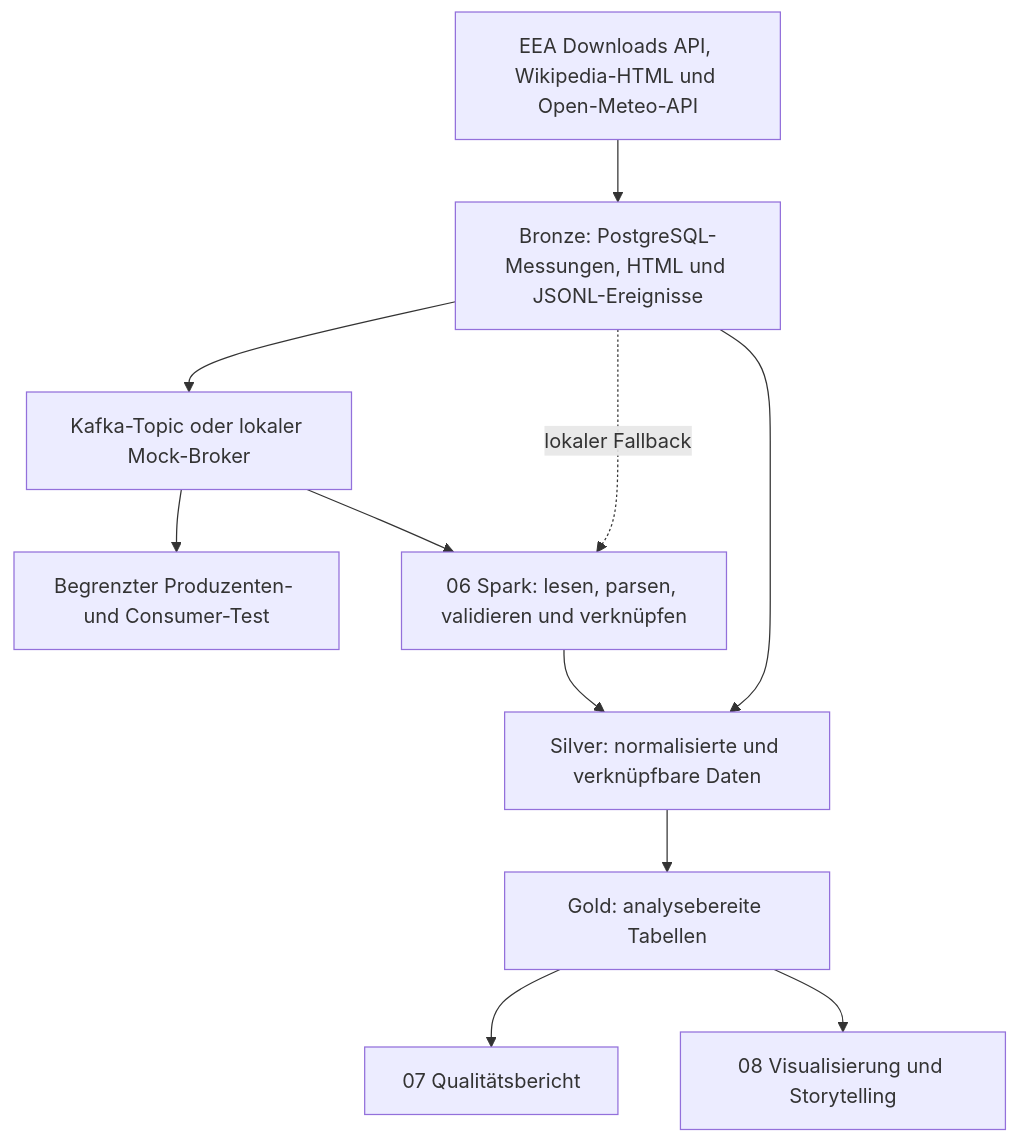
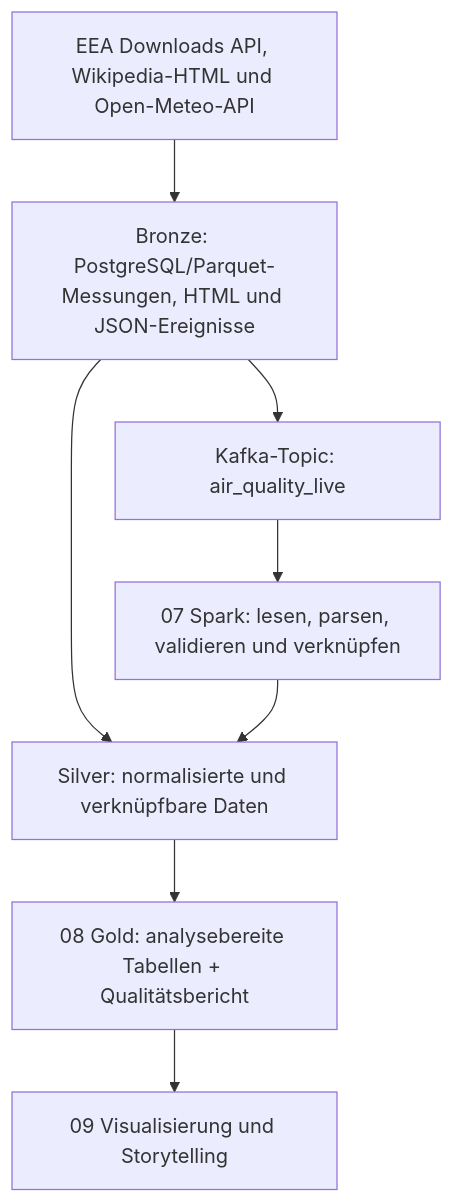
The diagram in docs/diagrams/dataflow.mmd (OnlyMajorG/euro-air-quality-pipeline), drawn with Mermaid before and after one commit. The commit also changed 53 other files, not shown here.

```diff
--- a/docs/diagrams/dataflow.mmd
+++ b/docs/diagrams/dataflow.mmd
@@ -1,11 +1,8 @@
 flowchart TD
-    Quellen["EEA Downloads API, Wikipedia-HTML und Open-Meteo-API"] --> Bronze["Bronze: PostgreSQL-Messungen, HTML und JSONL-Ereignisse"]
-    Bronze --> Broker["Kafka-Topic oder lokaler Mock-Broker"]
-    Broker --> Nachweis["Begrenzter Produzenten- und Consumer-Test"]
-    Broker --> Spark["06 Spark: lesen, parsen, validieren und verknüpfen"]
-    Bronze -. "lokaler Fallback" .-> Spark
+    Quellen["EEA Downloads API, Wikipedia-HTML und Open-Meteo-API"] --> Bronze["Bronze: PostgreSQL/Parquet-Messungen, HTML und JSON-Ereignisse"]
+    Bronze --> Broker["Kafka-Topic: air_quality_live"]
+    Broker --> Spark["07 Spark: lesen, parsen, validieren und verknüpfen"]
     Bronze --> Silver["Silver: normalisierte und verknüpfbare Daten"]
     Spark --> Silver
-    Silver --> Gold["Gold: analysebereite Tabellen"]
-    Gold --> Qualität["07 Qualitätsbericht"]
-    Gold --> Analyse["08 Visualisierung und Storytelling"]
+    Silver --> Gold["08 Gold: analysebereite Tabellen + Qualitätsbericht"]
+    Gold --> Analyse["09 Visualisierung und Storytelling"]
```
